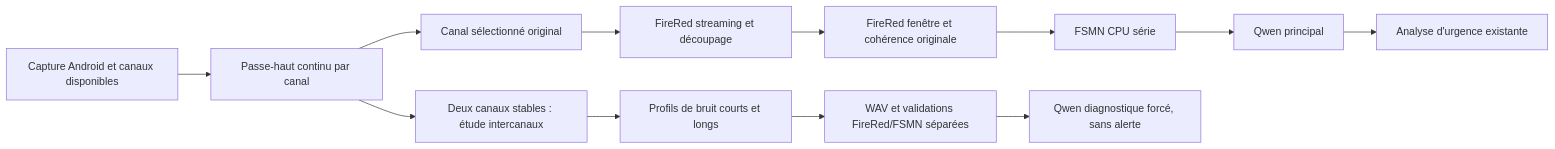
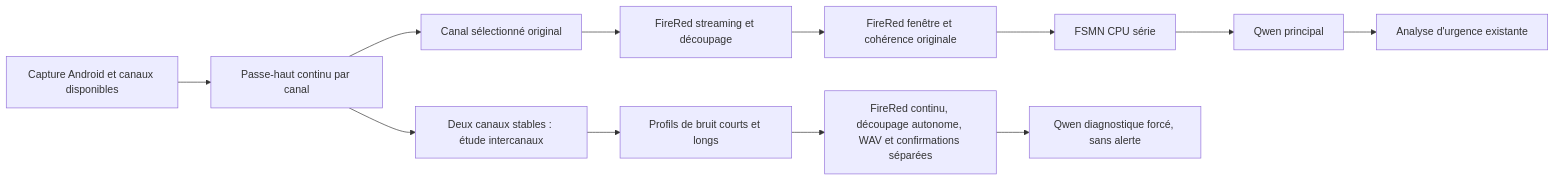
The diagram in ARCHITECTURE-MOTEUR-VOIX.md (cayeuxhugo-create/react-native-sherpa-onnx), drawn with Mermaid before and after one commit. The commit also changed other lines of this file and 11 other files, not shown here.

````diff
--- a/ARCHITECTURE-MOTEUR-VOIX.md
+++ b/ARCHITECTURE-MOTEUR-VOIX.md
@@ -5,14 +5,14 @@
 ```mermaid
 flowchart LR
     A[Capture Android et canaux disponibles] --> B[Passe-haut continu par canal]
     B --> C[Canal sélectionné original]
     C --> D[FireRed streaming et découpage]
     D --> E[FireRed fenêtre et cohérence originale]
     E --> F[FSMN CPU série]
     F --> G[Qwen principal]
     G --> H[Analyse d'urgence existante]
     B --> I[Deux canaux stables : étude intercanaux]
     I --> J[Profils de bruit courts et longs]
-    J --> K[WAV et validations FireRed/FSMN séparées]
+    J --> K[FireRed continu, découpage autonome, WAV et confirmations séparées]
     K --> L[Qwen diagnostique forcé, sans alerte]
 ```
````
